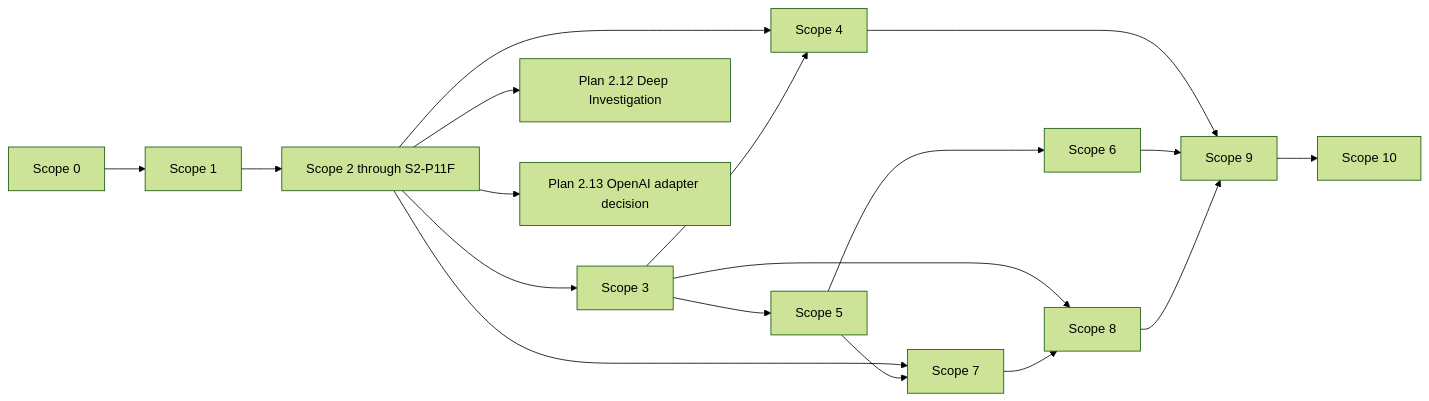
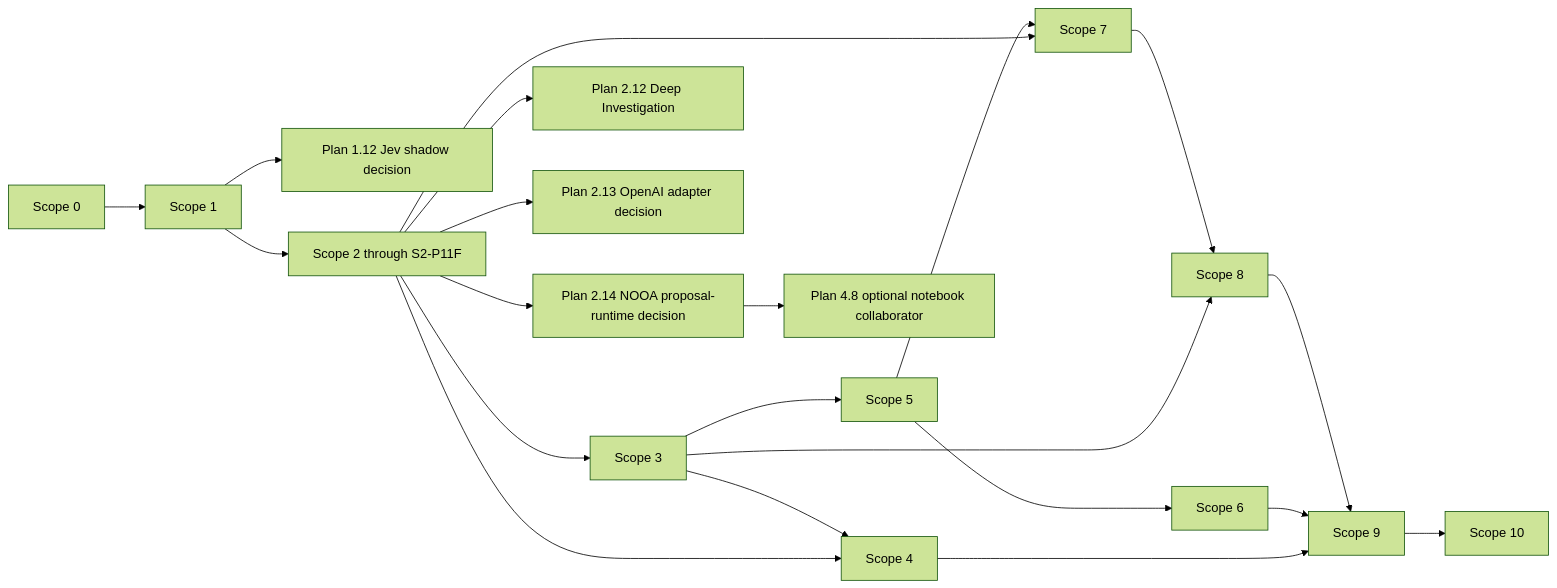
One commit to Shahriyar-Moradi/DCLab changed the second of 3 diagrams in docs/agentic-program/MASTER_SCOPE_0_TO_10_PLAN.md. Above: the diagram before and after it, drawn with Mermaid (forest theme). The commit also changed other lines of this file and 154 other files, not shown here.

````diff
--- a/docs/agentic-program/MASTER_SCOPE_0_TO_10_PLAN.md
+++ b/docs/agentic-program/MASTER_SCOPE_0_TO_10_PLAN.md
@@ -423,20 +469,23 @@
 ```mermaid
 flowchart LR
     S0[Scope 0] --> S1[Scope 1]
+    S1 --> JEV[Plan 1.12 Jev shadow decision]
     S1 --> S2[Scope 2 through S2-P11F]
     S2 --> S3[Scope 3]
     S2 --> COP[Plan 2.12 Deep Investigation]
     S2 --> OAI[Plan 2.13 OpenAI adapter decision]
+    S2 --> NOOA[Plan 2.14 NOOA proposal-runtime decision]
     S2 --> S4[Scope 4]
+    NOOA --> NBOOK[Plan 4.8 optional notebook collaborator]
     S3 --> S4
     S3 --> S5[Scope 5]
     S5 --> S6[Scope 6]
     S2 --> S7[Scope 7]
     S5 --> S7
     S3 --> S8[Scope 8]
     S7 --> S8
     S4 --> S9[Scope 9]
     S6 --> S9
     S8 --> S9
     S9 --> S10[Scope 10]
 ```
````
